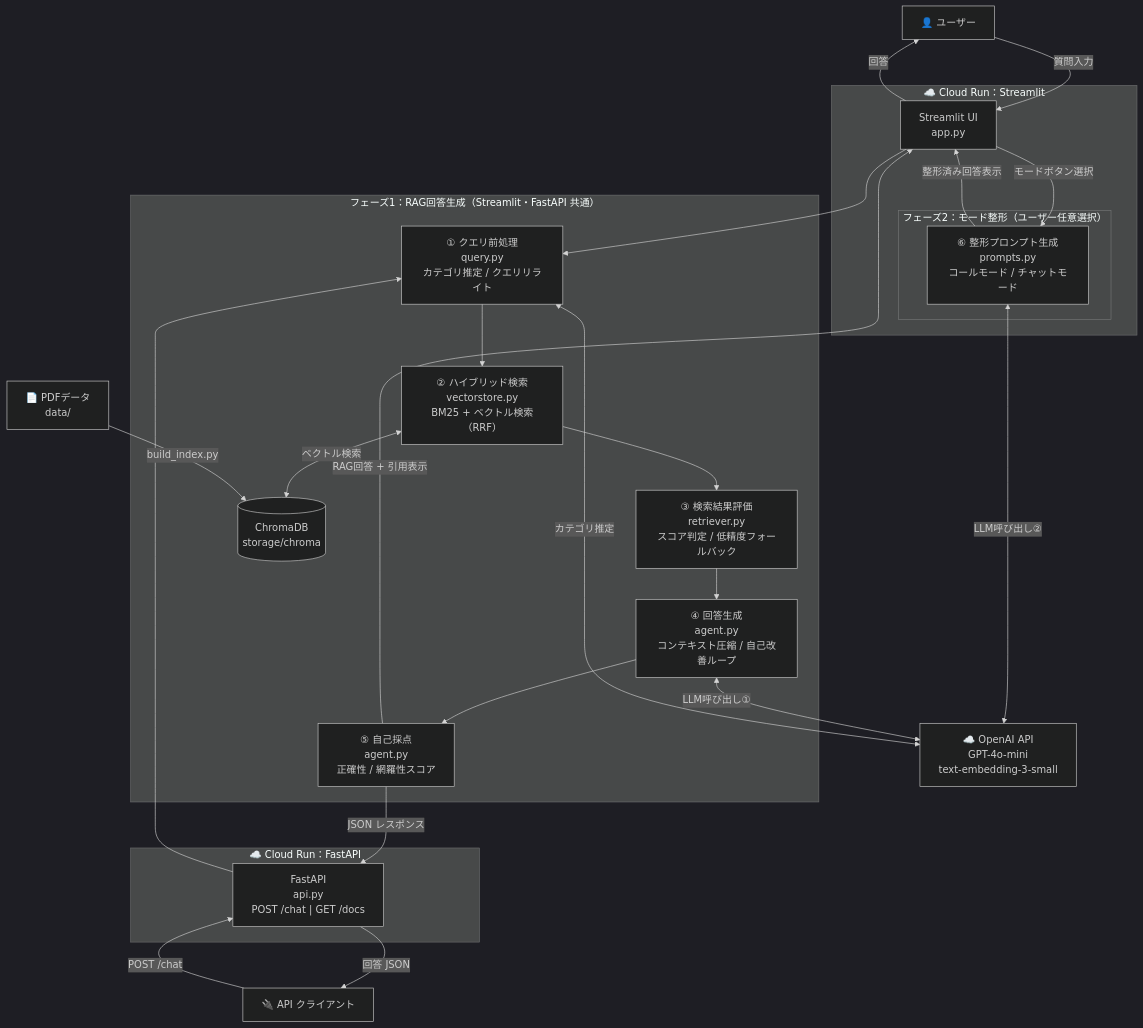
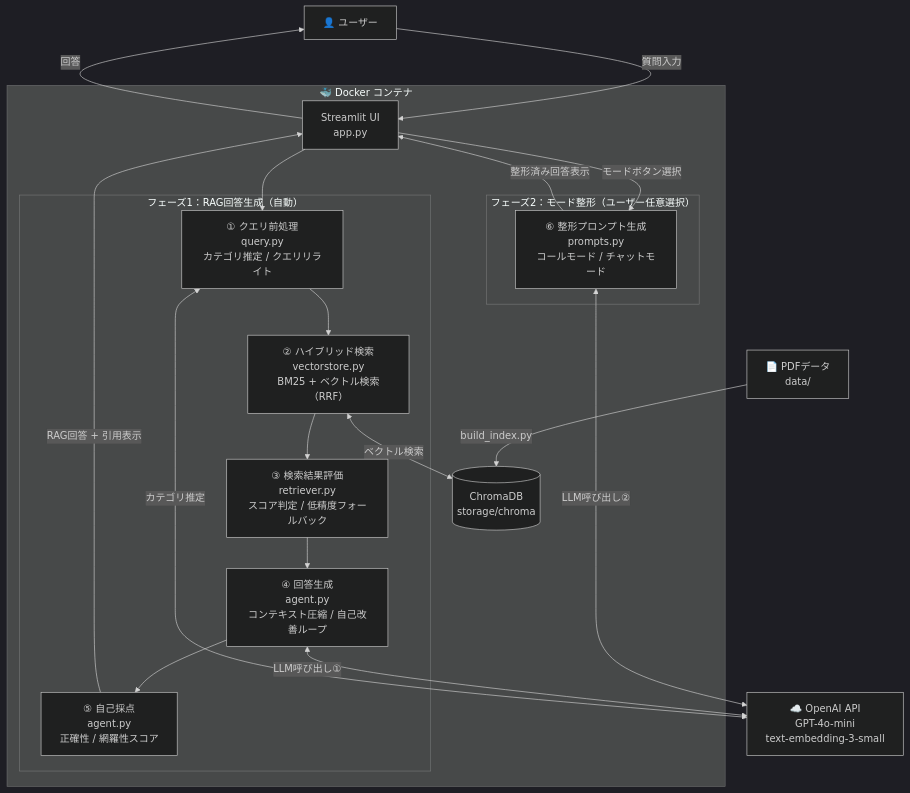
One commit to biguver-cloud/rag-customer-support-agent changed the diagram in README.md. Above: the diagram before and after it, drawn with Mermaid (dark theme). The commit also changed other lines of this file and 4 other files, not shown here.

````diff
--- a/README.md
+++ b/README.md
@@ -140,53 +136,42 @@
 ```mermaid
 graph TD
     User["👤 ユーザー"]
-    APIClient["🔌 API クライアント"]
 
-    subgraph CR1["☁️ Cloud Run：Streamlit"]
+    subgraph Docker["🐳 Docker コンテナ"]
         UI["Streamlit UI\napp.py"]
+
+        subgraph Phase1["フェーズ1：RAG回答生成（自動）"]
+            Q["① クエリ前処理\nquery.py\nカテゴリ推定 / クエリリライト"]
+            S["② ハイブリッド検索\nvectorstore.py\nBM25 + ベクトル検索（RRF）"]
+            E["③ 検索結果評価\nretriever.py\nスコア判定 / 低精度フォールバック"]
+            A["④ 回答生成\nagent.py\nコンテキスト圧縮 / 自己改善ループ"]
+            SC["⑤ 自己採点\nagent.py\n正確性 / 網羅性スコア"]
+        end
 
         subgraph Phase2["フェーズ2：モード整形（ユーザー任意選択）"]
             P["⑥ 整形プロンプト生成\nprompts.py\nコールモード / チャットモード"]
         end
-    end
 
-    subgraph CR2["☁️ Cloud Run：FastAPI"]
-        FAPI["FastAPI\napi.py\nPOST /chat  |  GET /docs"]
-    end
-
-    subgraph Phase1["フェーズ1：RAG回答生成（Streamlit・FastAPI 共通）"]
-        Q["① クエリ前処理\nquery.py\nカテゴリ推定 / クエリリライト"]
-        S["② ハイブリッド検索\nvectorstore.py\nBM25 + ベクトル検索（RRF）"]
-        E["③ 検索結果評価\nretriever.py\nスコア判定 / 低精度フォールバック"]
-        A["④ 回答生成\nagent.py\nコンテキスト圧縮 / 自己改善ループ"]
-        SC["⑤ 自己採点\nagent.py\n正確性 / 網羅性スコア"]
         DB[("ChromaDB\nstorage/chroma")]
     end
 
     OAI["☁️ OpenAI API\nGPT-4o-mini\ntext-embedding-3-small"]
     PDF["📄 PDFデータ\ndata/"]
 
     User -->|質問入力| UI
-    APIClient -->|POST /chat| FAPI
-
     UI --> Q
-    FAPI --> Q
     Q --> S
     S <-->|ベクトル検索| DB
     S --> E
     E --> A
     A --> SC
-
     SC -->|RAG回答 + 引用表示| UI
-    SC -->|JSON レスポンス| FAPI
-
     UI -->|モードボタン選択| P
     P -->|整形済み回答表示| UI
     UI -->|回答| User
-    FAPI -->|回答 JSON| APIClient
 
     A <-->|LLM呼び出し①| OAI
     Q <-->|カテゴリ推定| OAI
     P <-->|LLM呼び出し②| OAI
     PDF -->|build_index.py| DB
 ```
````
